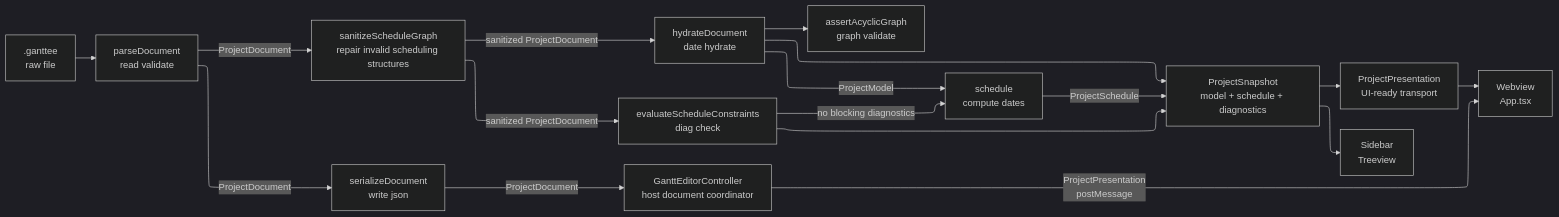
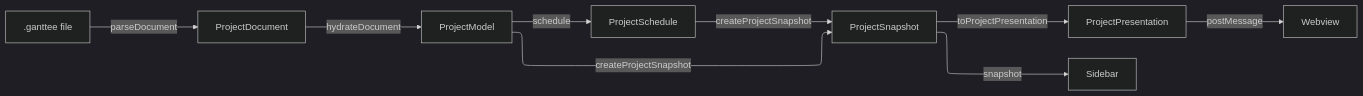
The first of 6 diagrams in docs/documentation/gantt-model-hydration.md (sergehas/ganttee), drawn with Mermaid (dark theme) before and after one commit. The commit also changed other lines of this file, not shown here.

Commit message:
refactor(docs): simplify gantt model hydration flowchart

````diff
--- a/docs/documentation/gantt-model-hydration.md
+++ b/docs/documentation/gantt-model-hydration.md
@@ -11,37 +11,15 @@
 ```mermaid
 ---
 config:
   layout: elk
 ---
 flowchart LR
-    F[".ganttee\nraw file"]
-    P["parseDocument\nread validate"]
-    Z["sanitizeScheduleGraph\nrepair invalid scheduling structures"]
-    H["hydrateDocument\ndate hydrate"]
-    A["assertAcyclicGraph\ngraph validate"]
-    E["evaluateScheduleConstraints\ndiag check"]
-    S["schedule\ncompute dates"]
-    SNAP["ProjectSnapshot\nmodel + schedule + diagnostics"]
-    PRES["ProjectPresentation\nUI-ready transport"]
-    U["serializeDocument\nwrite json"]
-    HOST["GanttEditorController\nhost document coordinator"]
-    WV["Webview\nApp.tsx"]
-    SB["Sidebar\nTreeview"]
-
-    F --> P
-    P -->|ProjectDocument| Z
-    Z -->|sanitized ProjectDocument| H
-    Z -->|sanitized ProjectDocument| E
-    H --> A
-    H -->|ProjectModel| S
-    E -->|no blocking diagnostics| S
-    H --> SNAP
-    E --> SNAP
-    S -->|ProjectSchedule| SNAP
-    SNAP --> PRES
-    PRES --> WV
-    SNAP --> SB
-    P -->|ProjectDocument| U
-    U -->|ProjectDocument| HOST
-    HOST -->|ProjectPresentation\npostMessage| WV
+    FILE[".ganttee file"] -->|parseDocument| DOCUMENT["ProjectDocument"]
+    DOCUMENT -->|hydrateDocument| MODEL["ProjectModel"]
+    MODEL -->|schedule| SCHEDULE["ProjectSchedule"]
+    MODEL -->|createProjectSnapshot| SNAPSHOT["ProjectSnapshot"]
+    SCHEDULE -->|createProjectSnapshot| SNAPSHOT
+    SNAPSHOT -->|toProjectPresentation| PRESENTATION["ProjectPresentation"]
+    PRESENTATION -->|postMessage| WEBVIEW["Webview"]
+    SNAPSHOT -->|snapshot| SIDEBAR["Sidebar"]
 ```
````
